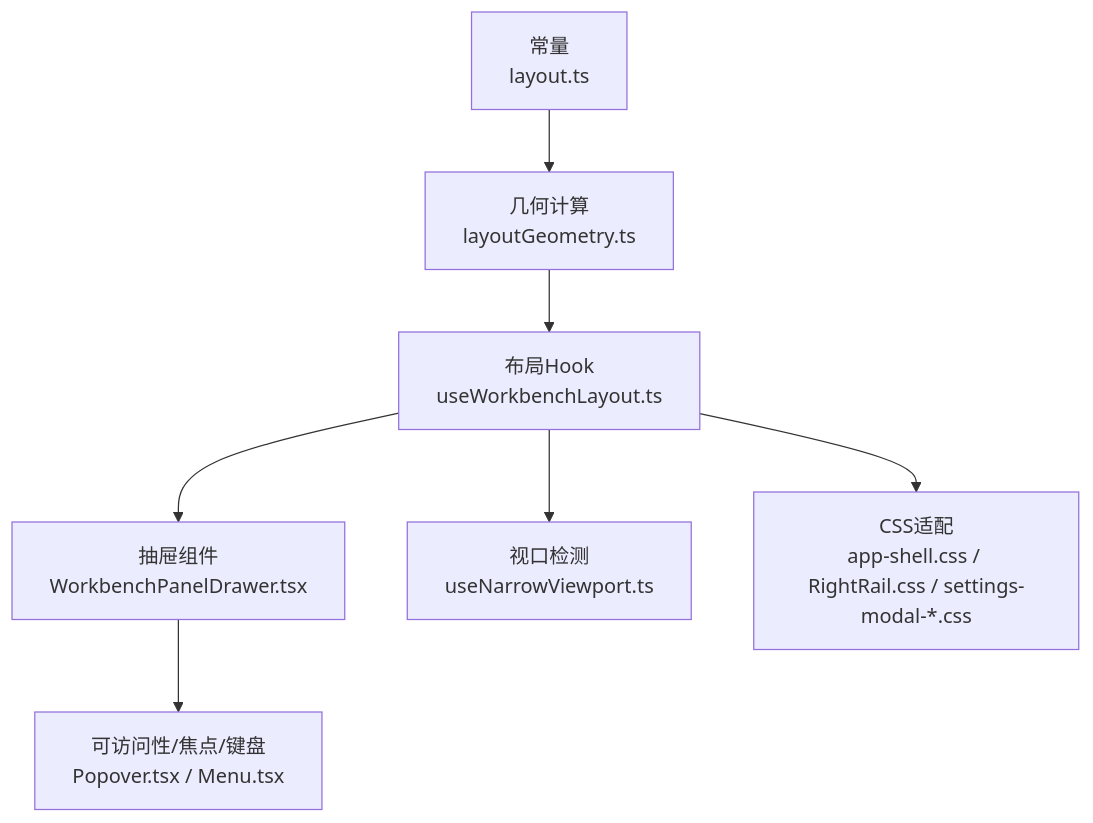
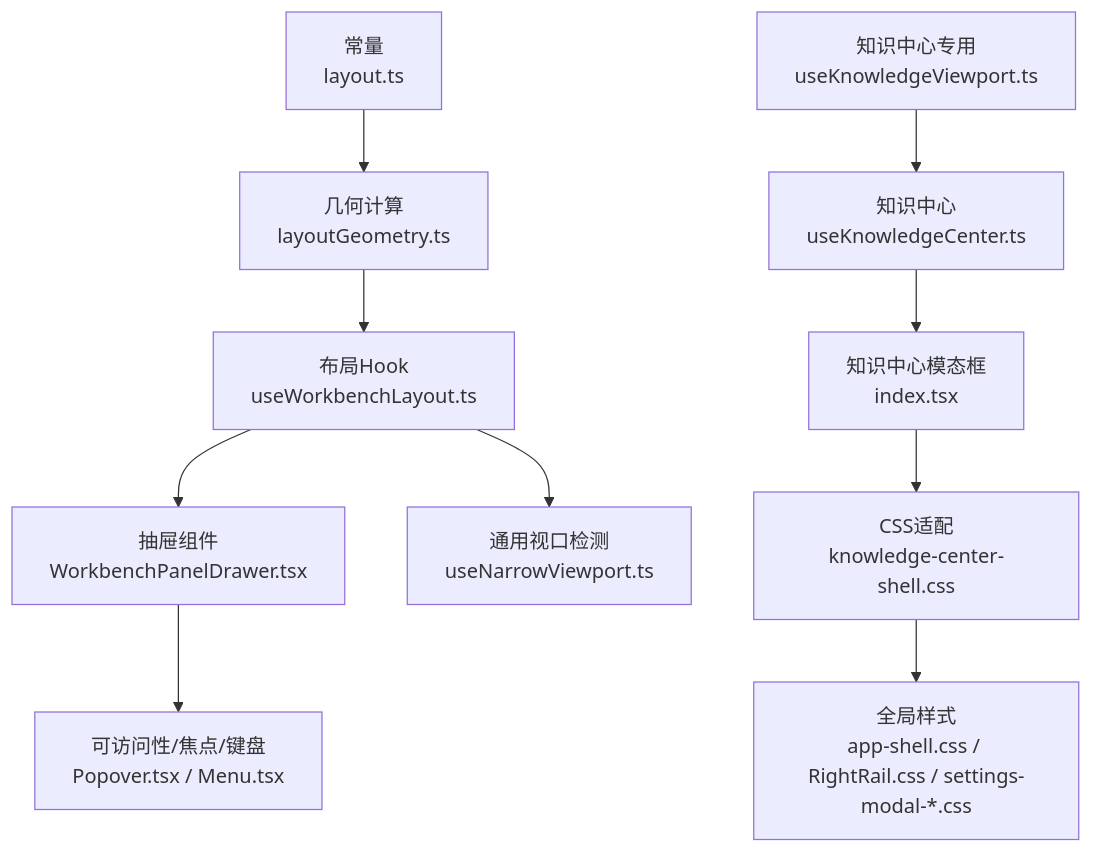
Before and after one commit to haolange/RDC-Agent: the first of 4 diagrams in .qoder/repowiki/zh/content/架构设计/渲染器架构/UI 特性/响应式设计.md, drawn with Mermaid. The commit also changed other lines of this file and 85 other files, not shown here.

````diff
--- a/.qoder/repowiki/zh/content/架构设计/渲染器架构/UI 特性/响应式设计.md
+++ b/.qoder/repowiki/zh/content/架构设计/渲染器架构/UI 特性/响应式设计.md
@@ -43,9 +58,12 @@
 ```mermaid
 graph TB
 A["常量<br/>layout.ts"] --> B["几何计算<br/>layoutGeometry.ts"]
 B --> C["布局Hook<br/>useWorkbenchLayout.ts"]
 C --> D["抽屉组件<br/>WorkbenchPanelDrawer.tsx"]
-C --> E["视口检测<br/>useNarrowViewport.ts"]
-C --> F["CSS适配<br/>app-shell.css / RightRail.css / settings-modal-*.css"]
-D --> G["可访问性/焦点/键盘<br/>Popover.tsx / Menu.tsx"]
+C --> E["通用视口检测<br/>useNarrowViewport.ts"]
+F["知识中心专用<br/>useKnowledgeViewport.ts"] --> G["知识中心<br/>useKnowledgeCenter.ts"]
+G --> H["知识中心模态框<br/>index.tsx"]
+H --> I["CSS适配<br/>knowledge-center-shell.css"]
+D --> J["可访问性/焦点/键盘<br/>Popover.tsx / Menu.tsx"]
+I --> K["全局样式<br/>app-shell.css / RightRail.css / settings-modal-*.css"]
 ```
````
